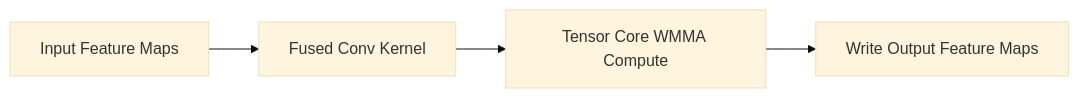
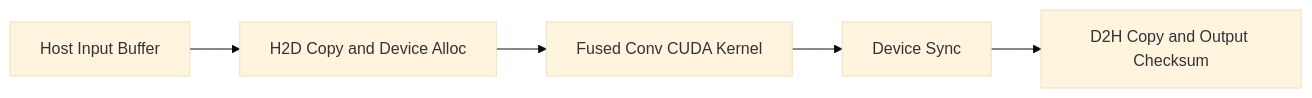
Before and after one commit to George-ao/cuda-convolution-inference: the diagram in README.md, drawn with Mermaid (base theme). The commit also changed other lines of this file and 1 other file, not shown here.

````diff
--- a/README.md
+++ b/README.md
@@ -31,6 +32,7 @@
 ```mermaid
 flowchart LR
-  A[Input Feature Maps] --> B[Fused Conv Kernel]
-  B --> C[Tensor Core WMMA Compute]
-  C --> D[Write Output Feature Maps]
+  A[Host Input Buffer] --> B[H2D Copy and Device Alloc]
+  B --> C[Fused Conv CUDA Kernel]
+  C --> D[Device Sync]
+  D --> E[D2H Copy and Output Checksum]
 ```
````
